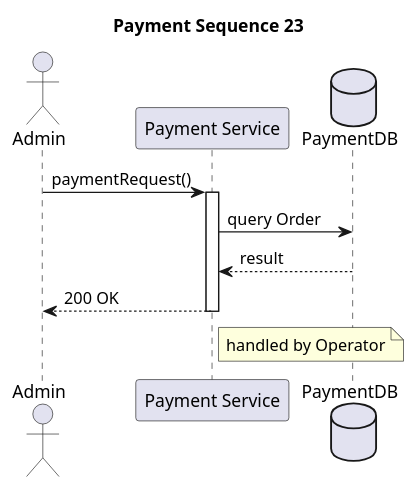
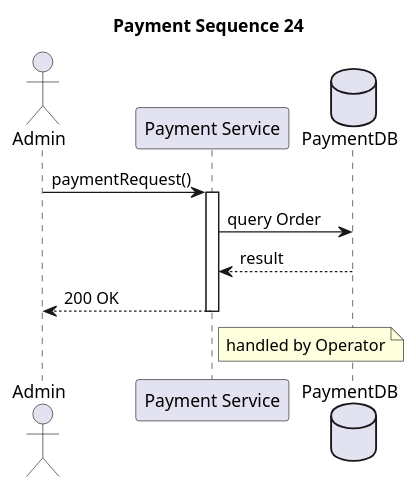
Before and after one commit to TTihomir/PlantUML-diagrams: the diagram in 002_sequence_payment.md, drawn with PlantUML.

Commit message:
Update payment sequence title to 'Payment Sequence 24'

````diff
--- a/002_sequence_payment.md
+++ b/002_sequence_payment.md
@@ -3,15 +3,15 @@
 ```plantuml
 @startuml
-title Payment Sequence 23
+title Payment Sequence 24
 actor Admin as A
 participant "Payment Service" as S
 database "PaymentDB" as DB
 A -> S : paymentRequest()
 activate S
 S -> DB : query Order
 DB --> S : result
 S --> A : 200 OK
 deactivate S
 note right of S : handled by Operator
 @enduml
 ```
````
